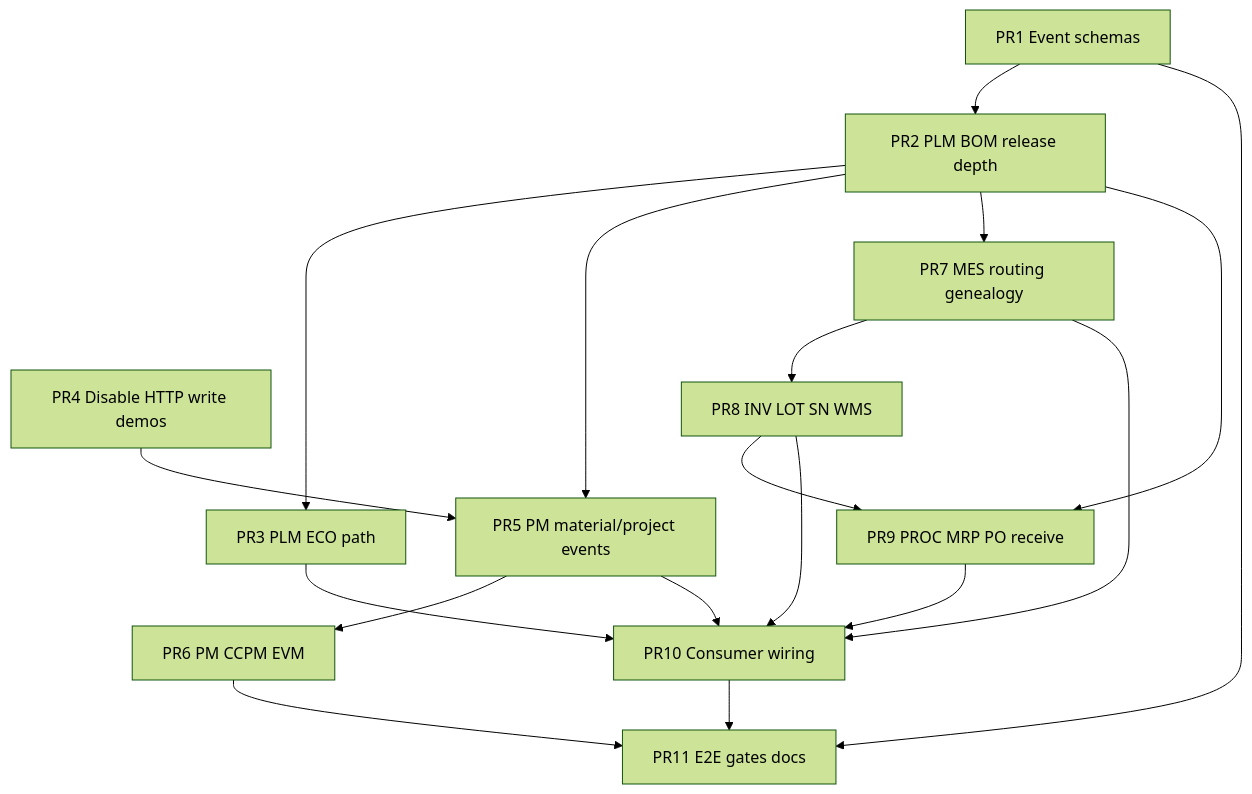
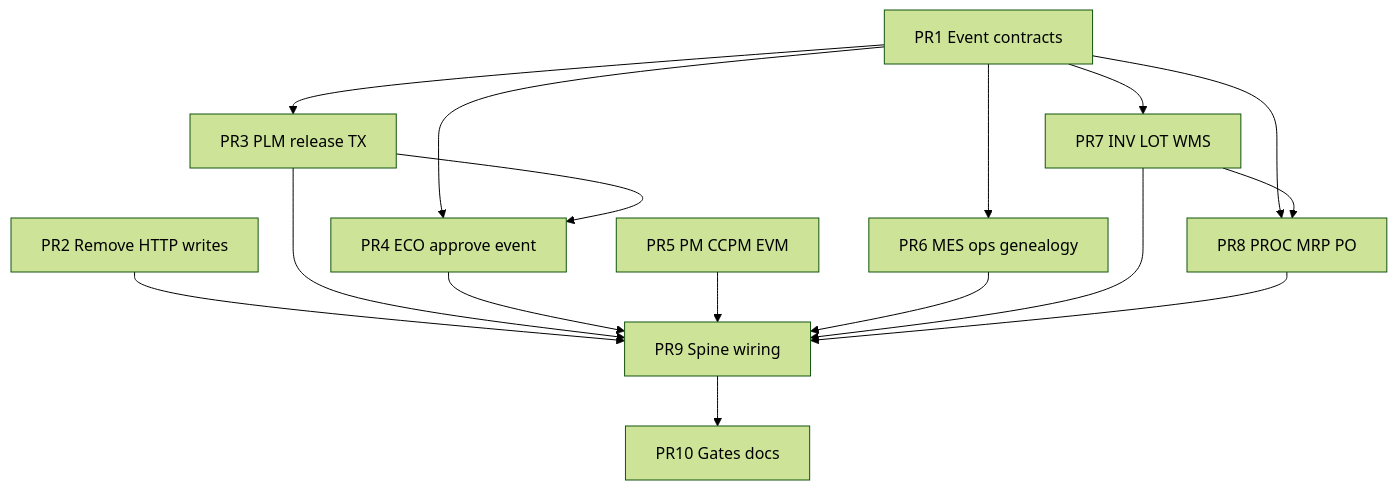
One commit to Bogmaz555/erp-composable-2026 changed the second of 2 diagrams in docs/ENTERPRISE-0.2-ETO-DESIGN.md. Above: the diagram before and after it, drawn with Mermaid (forest theme). The commit also changed other lines of this file and 2 other files, not shown here.

````diff
--- a/docs/ENTERPRISE-0.2-ETO-DESIGN.md
+++ b/docs/ENTERPRISE-0.2-ETO-DESIGN.md
@@ -496,32 +569,29 @@
 ```mermaid
 flowchart TD
-  PR1[PR1 Event schemas]
-  PR2[PR2 PLM BOM release depth]
-  PR3[PR3 PLM ECO path]
-  PR4[PR4 Disable HTTP write demos]
-  PR5[PR5 PM material/project events]
-  PR6[PR6 PM CCPM EVM]
-  PR7[PR7 MES routing genealogy]
-  PR8[PR8 INV LOT SN WMS]
-  PR9[PR9 PROC MRP PO receive]
-  PR10[PR10 Consumer wiring]
-  PR11[PR11 E2E gates docs]
+  PR1[PR1 Event contracts]
+  PR2[PR2 Remove HTTP writes]
+  PR3[PR3 PLM release TX]
+  PR4[PR4 ECO approve event]
+  PR5[PR5 PM CCPM EVM]
+  PR6[PR6 MES ops genealogy]
+  PR7[PR7 INV LOT WMS]
+  PR8[PR8 PROC MRP PO]
+  PR9[PR9 Spine wiring]
+  PR10[PR10 Gates docs]
 
-  PR1 --> PR2
-  PR2 --> PR3
-  PR2 --> PR5
-  PR2 --> PR7
-  PR4 --> PR5
-  PR5 --> PR6
+  PR1 --> PR3
+  PR1 --> PR4
+  PR1 --> PR6
+  PR1 --> PR7
+  PR1 --> PR8
+  PR2 --> PR9
+  PR3 --> PR4
+  PR3 --> PR9
+  PR4 --> PR9
+  PR5 --> PR9
+  PR6 --> PR9
   PR7 --> PR8
-  PR2 --> PR9
+  PR7 --> PR9
   PR8 --> PR9
-  PR5 --> PR10
-  PR7 --> PR10
-  PR8 --> PR10
   PR9 --> PR10
-  PR3 --> PR10
-  PR10 --> PR11
-  PR6 --> PR11
-  PR1 --> PR11
 ```
````
